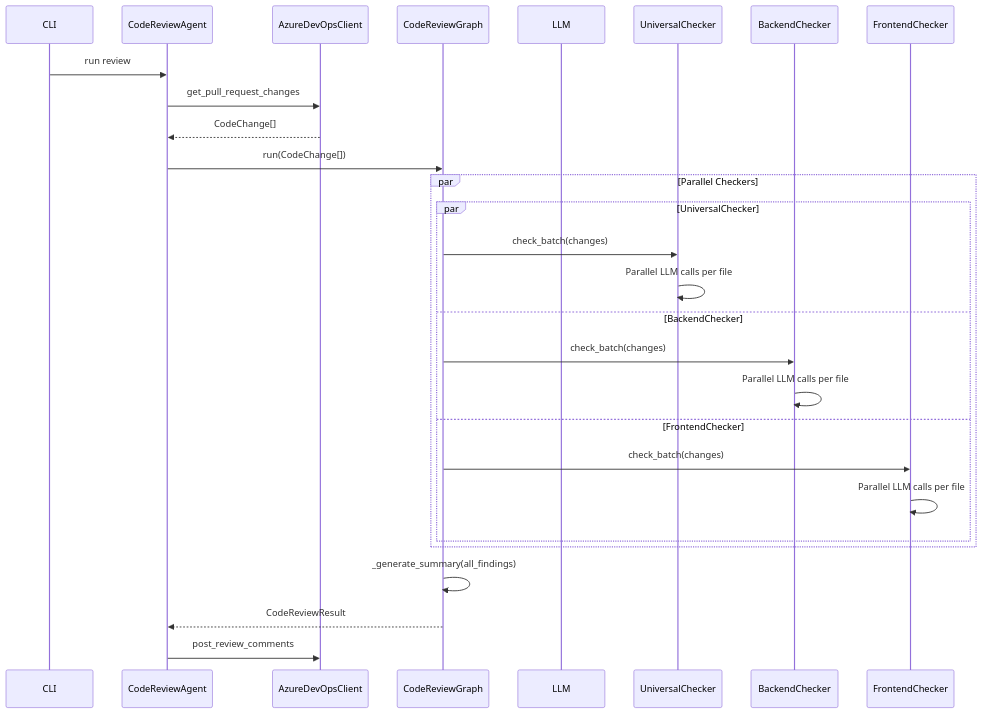
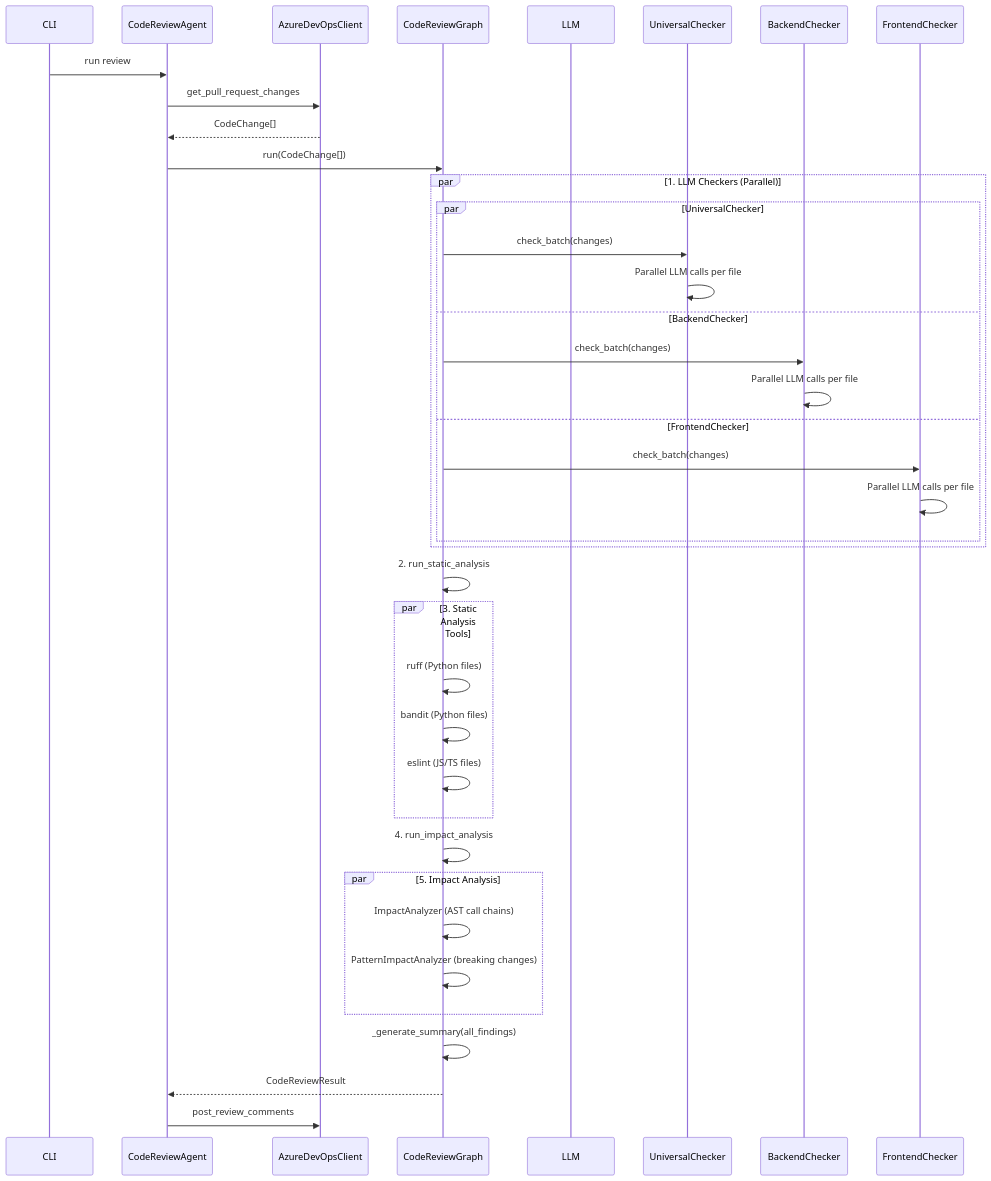
Before and after one commit to gaozhidf/code-review-agent: the second of 3 diagrams in docs/architecture.md, drawn with Mermaid. The commit also changed other lines of this file and 13 other files, not shown here.

Commit message:
[add]add the static analysis and the impact analysis

````diff
--- a/docs/architecture.md
+++ b/docs/architecture.md
@@ -167,33 +155,48 @@
 ```mermaid
 sequenceDiagram
     participant CLI
     participant Agent as CodeReviewAgent
     participant ADO as AzureDevOpsClient
     participant Graph as CodeReviewGraph
     participant LLM
 
     CLI->>Agent: run review
     Agent->>ADO: get_pull_request_changes
     ADO-->>Agent: CodeChange[]
 
     Agent->>Graph: run(CodeChange[])
 
-    par Parallel Checkers
+    par 1. LLM Checkers (Parallel)
         par UniversalChecker
             Graph->>UniversalChecker: check_batch(changes)
             UniversalChecker->>UniversalChecker: Parallel LLM calls per file
         and BackendChecker
             Graph->>BackendChecker: check_batch(changes)
             BackendChecker->>BackendChecker: Parallel LLM calls per file
         and FrontendChecker
             Graph->>FrontendChecker: check_batch(changes)
             FrontendChecker->>FrontendChecker: Parallel LLM calls per file
         end
     end
 
+    Graph->>Graph: 2. run_static_analysis
+
+    par 3. Static Analysis Tools
+        Graph->>Graph: ruff (Python files)
+        Graph->>Graph: bandit (Python files)
+        Graph->>Graph: eslint (JS/TS files)
+    end
+
+    Graph->>Graph: 4. run_impact_analysis
+
+    par 5. Impact Analysis
+        Graph->>Graph: ImpactAnalyzer (AST call chains)
+        Graph->>Graph: PatternImpactAnalyzer (breaking changes)
+    end
+
     Graph->>Graph: _generate_summary(all_findings)
 
     Graph-->>Agent: CodeReviewResult
 
     Agent->>ADO: post_review_comments
 ```
````
